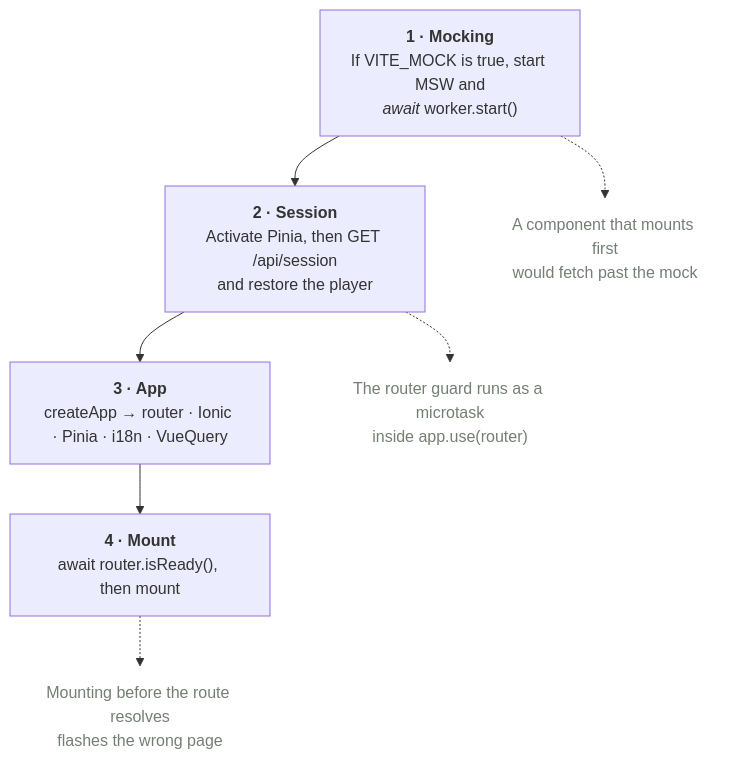
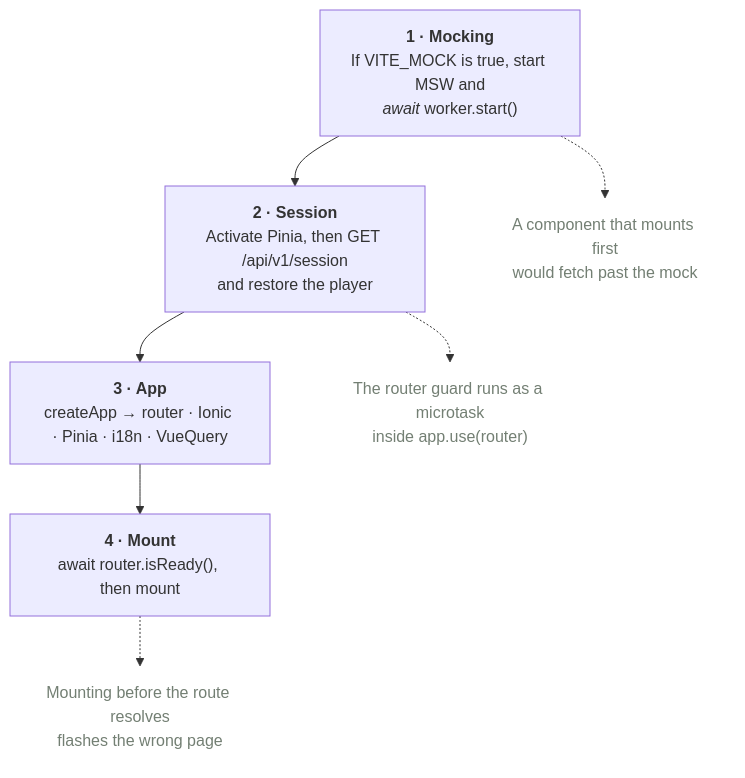
Before and after one commit to FantasyWiki/FantasyWiki: the first of 2 diagrams in docs/site/pages/architecture/frontend.md, drawn with Mermaid. The commit also changed other lines of this file and 49 other files, not shown here.

````diff
--- a/docs/site/pages/architecture/frontend.md
+++ b/docs/site/pages/architecture/frontend.md
@@ -19,20 +19,20 @@
 ```mermaid
 flowchart TB
   S1["<b>1 · Mocking</b><br/>If VITE_MOCK is true, start MSW and<br/><i>await</i> worker.start()"]
-  S2["<b>2 · Session</b><br/>Activate Pinia, then GET /api/session<br/>and restore the player"]
+  S2["<b>2 · Session</b><br/>Activate Pinia, then GET /api/v1/session<br/>and restore the player"]
   S3["<b>3 · App</b><br/>createApp → router · Ionic · Pinia · i18n · VueQuery"]
   S4["<b>4 · Mount</b><br/>await router.isReady(), then mount"]
 
   S1 --> S2 --> S3 --> S4
 
   N1["A component that mounts first<br/>would fetch past the mock"]
   N2["The router guard runs as a microtask<br/>inside app.use(router)"]
   N3["Mounting before the route resolves<br/>flashes the wrong page"]
 
   S1 -.-> N1
   S2 -.-> N2
   S4 -.-> N3
 
   classDef note fill:transparent,stroke:none,color:#737f73;
   class N1,N2,N3 note;
 ```
````
